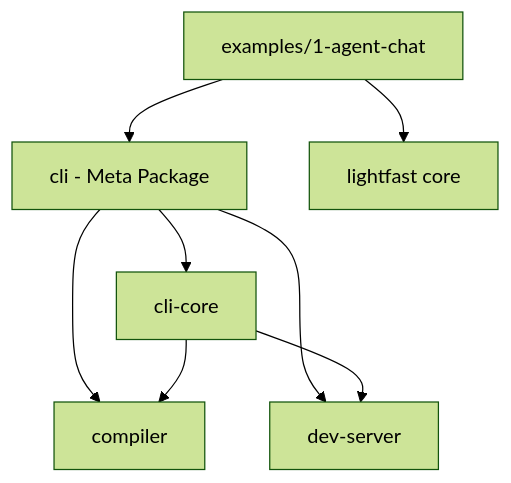
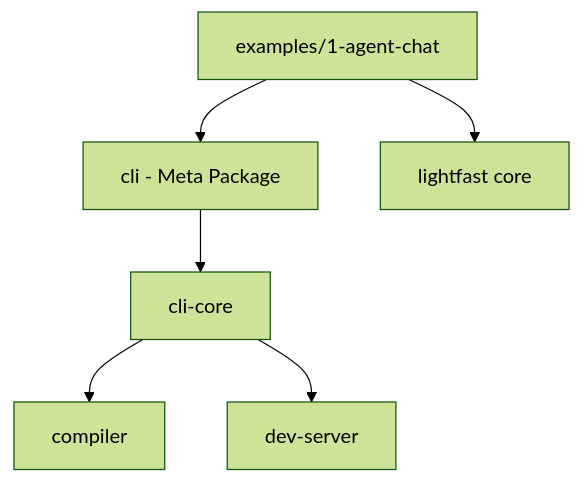
One commit to lightfastai/lightfast changed the diagram in core/CLAUDE.md. Above: the diagram before and after it, drawn with Mermaid (forest theme). The commit also changed other lines of this file and 1 other file, not shown here.

First line of the commit message:
feat(cli): optimize dependency architecture by removing duplicates

````diff
--- a/core/CLAUDE.md
+++ b/core/CLAUDE.md
@@ -19,11 +19,9 @@
 ```mermaid  
 graph TD
     A[cli - Meta Package] --> B[cli-core]
-    A --> C[compiler]
-    A --> D[dev-server]
-    B --> C
-    B --> D
+    B --> C[compiler]
+    B --> D[dev-server]
     
     E[examples/1-agent-chat] --> A
     E --> F[lightfast core]
 ```
````
